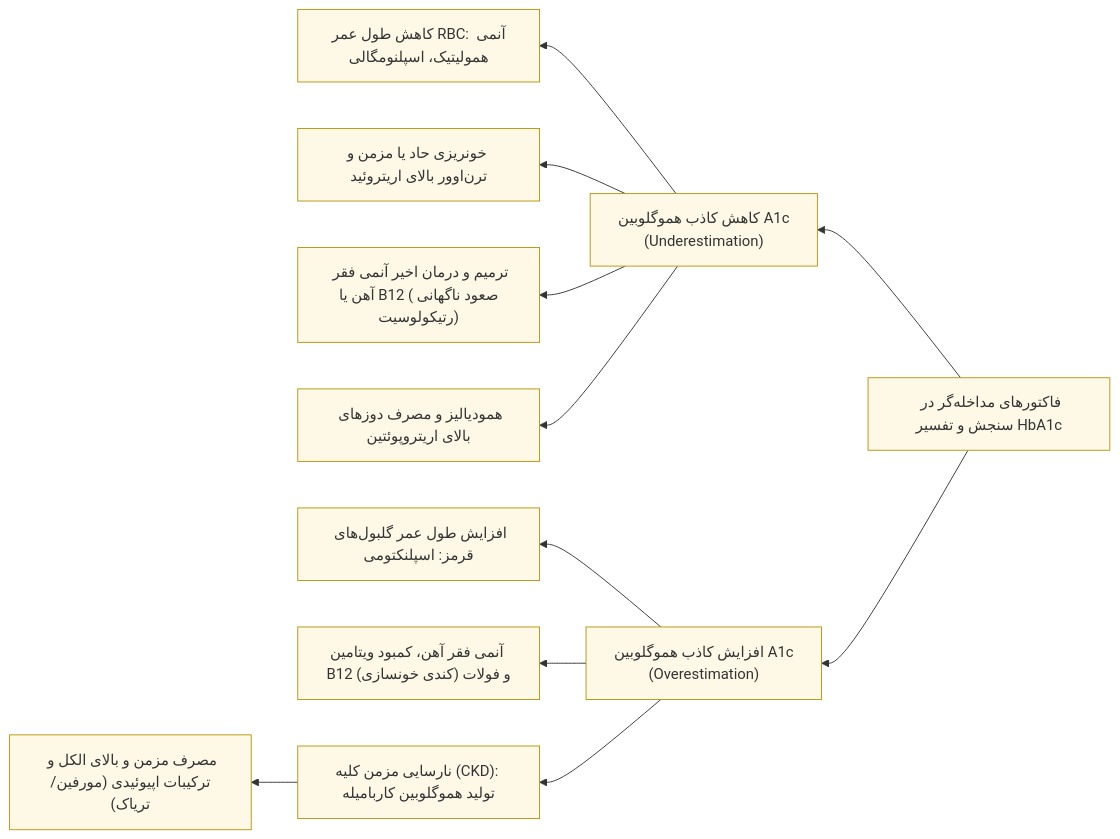
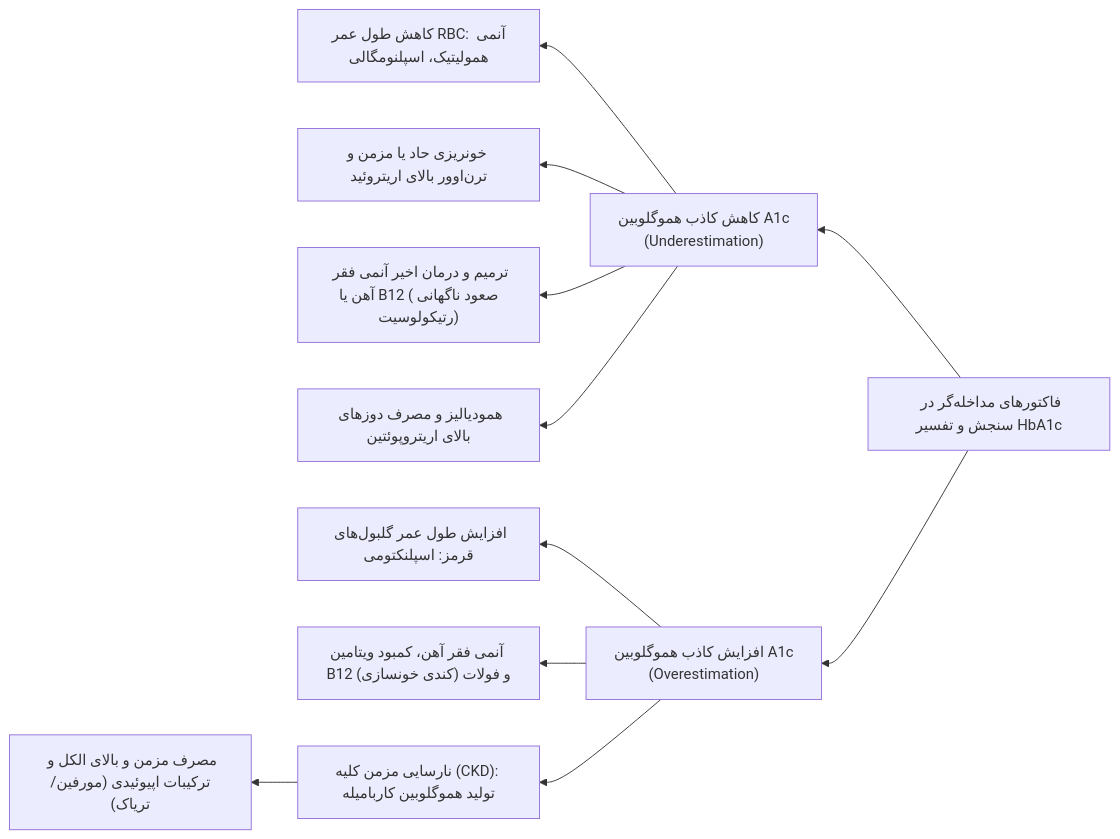
The sixth of 15 diagrams in 7/مبانی غدد/دیابت.md (neopulse-hub/TUMS-1396-1-material-notes), drawn with Mermaid before and after one commit. The commit also changed other lines of this file, not shown here.

````diff
--- a/7/مبانی غدد/دیابت.md
+++ b/7/مبانی غدد/دیابت.md
@@ -300,18 +292,16 @@
 ```mermaid
 flowchart RL
     Factors["فاکتورهای مداخله‌گر در سنجش و تفسیر HbA1c"] --> FalselyLow["کاهش کاذب هموگلوبین A1c<br>(Underestimation)"]
     Factors --> FalselyHigh["افزایش کاذب هموگلوبین A1c<br>(Overestimation)"]
 
     FalselyLow --> L1["کاهش طول عمر RBC: آنمی همولیتیک، اسپلنومگالی"]
     FalselyLow --> L2["خونریزی حاد یا مزمن و ترن‌اوور بالای اریتروئید"]
     FalselyLow --> L3["ترمیم و درمان اخیر آنمی فقر آهن یا B12 (صعود ناگهانی رتیکولوسیت)"]
     FalselyLow --> L4["همودیالیز و مصرف دوزهای بالای اریتروپوئتین"]
 
     FalselyHigh --> H1["افزایش طول عمر گلبول‌های قرمز: اسپلنکتومی"]
     FalselyHigh --> H2["آنمی فقر آهن، کمبود ویتامین B12 و فولات (کندی خونسازی)"]
     FalselyHigh --> H3["نارسایی مزمن کلیه (CKD): تولید هموگلوبین کاربامیله"]
     H3 --> H4["مصرف مزمن و بالای الکل و ترکیبات اپیوئیدی (مورفین/تریاک)"]
 
-    classDef a1c fill:#fef9e7,stroke:#b7950b,stroke-width:1px;
-    class Factors,FalselyLow,FalselyHigh,L1,L2,L3,L4,H1,H2,H3,H4 a1c;
 ```
````
